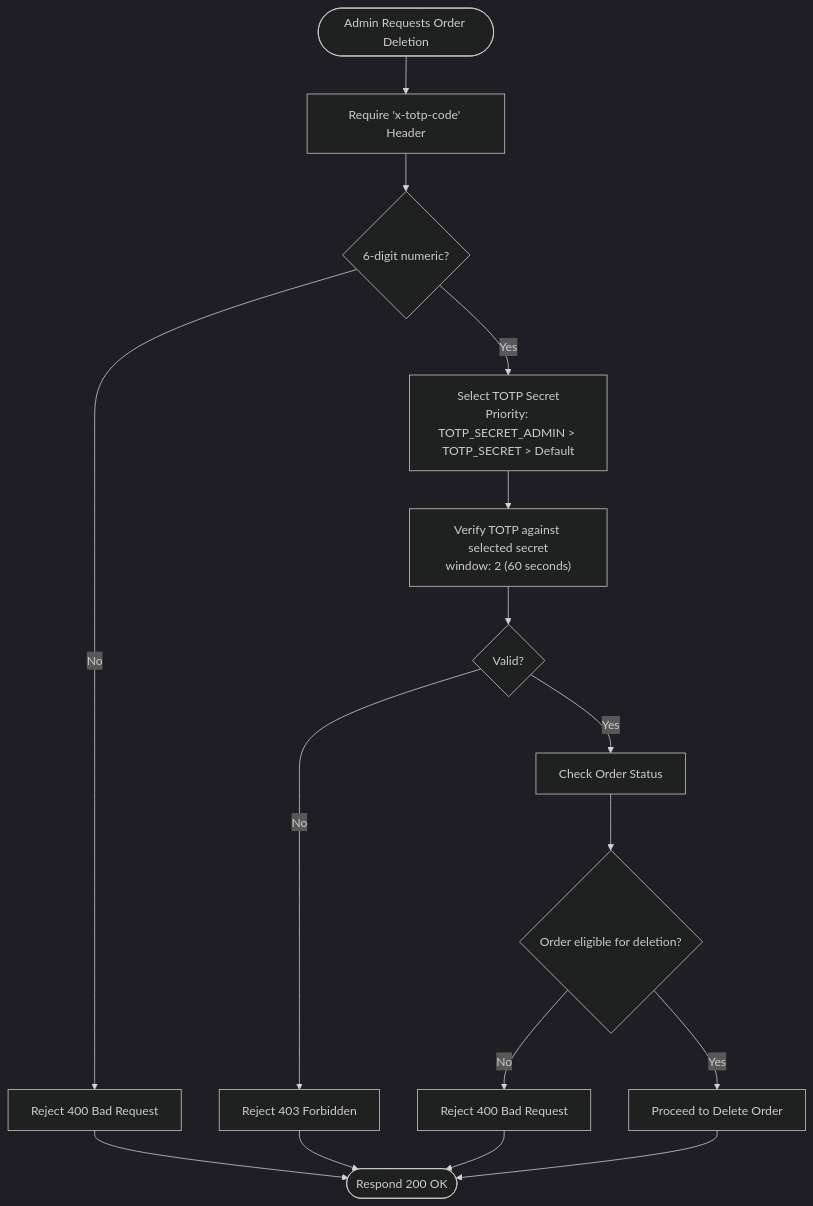
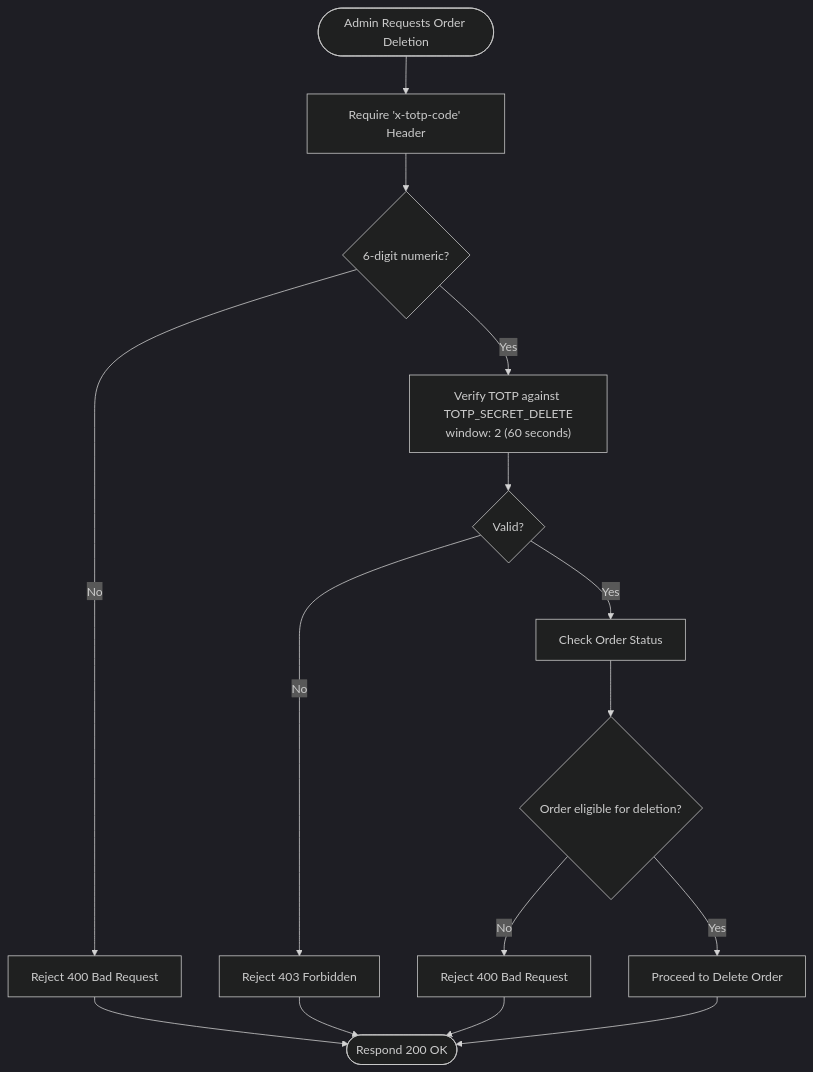
One commit to SirD33k/activezone changed the fourth of 9 diagrams in .qoder/repowiki/en/content/Security Implementation.md. Above: the diagram before and after it, drawn with Mermaid (dark theme). The commit also changed other lines of this file and 5 other files, not shown here.

Commit message:
Switch admin login from password to TOTP authentication

````diff
--- a/.qoder/repowiki/en/content/Security Implementation.md
+++ b/.qoder/repowiki/en/content/Security Implementation.md
@@ -173,18 +170,17 @@
 ```mermaid
 flowchart TD
 Start(["Admin Requests Order Deletion"]) --> RequireHeader["Require 'x-totp-code' Header"]
 RequireHeader --> ValidateFormat{"6-digit numeric?"}
 ValidateFormat --> |No| Reject["Reject 400 Bad Request"]
-ValidateFormat --> |Yes| SelectSecret["Select TOTP Secret<br/>Priority: TOTP_SECRET_ADMIN > TOTP_SECRET > Default"]
-SelectSecret --> VerifyTOTP["Verify TOTP against selected secret<br/>window: 2 (60 seconds)"]
+ValidateFormat --> |Yes| VerifyTOTP["Verify TOTP against TOTP_SECRET_DELETE<br/>window: 2 (60 seconds)"]
 VerifyTOTP --> Valid{"Valid?"}
 Valid --> |No| Deny["Reject 403 Forbidden"]
 Valid --> |Yes| CheckOrder["Check Order Status"]
 CheckOrder --> OrderAllowed{"Order eligible for deletion?"}
 OrderAllowed --> |No| Block["Reject 400 Bad Request"]
 OrderAllowed --> |Yes| Proceed["Proceed to Delete Order"]
 Proceed --> End(["Respond 200 OK"])
 Reject --> End
 Deny --> End
 Block --> End
 ```
````
